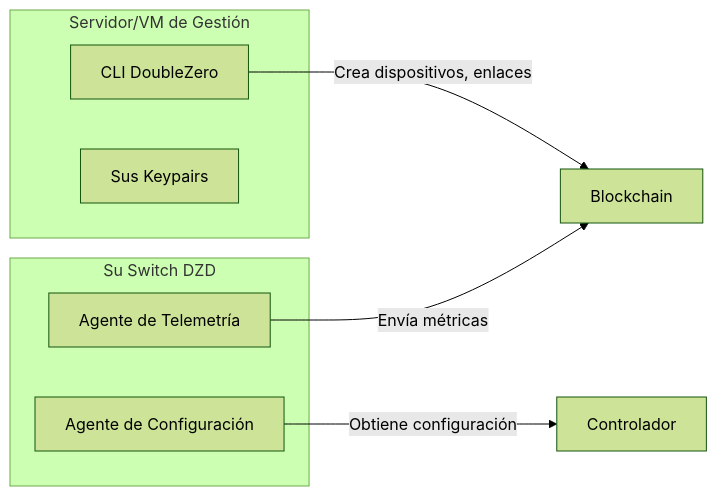
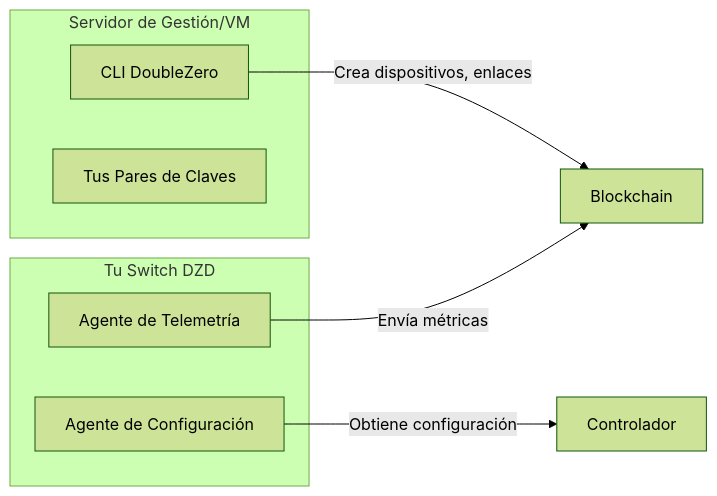
Before and after one commit to malbeclabs/docs: the third of 9 diagrams in docs/contribute-provisioning.es.md, drawn with Mermaid (forest theme). The commit also changed other lines of this file and 34 other files, not shown here.

````diff
--- a/docs/contribute-provisioning.es.md
+++ b/docs/contribute-provisioning.es.md
@@ -134,16 +175,16 @@
     ```mermaid
     flowchart LR
-        subgraph "Servidor/VM de Gestión"
+        subgraph "Servidor de Gestión/VM"
             CLI[CLI DoubleZero]
-            KEYS[Sus Keypairs]
+            KEYS[Tus Pares de Claves]
         end
 
-        subgraph "Su Switch DZD"
+        subgraph "Tu Switch DZD"
             CA[Agente de Configuración]
             TA[Agente de Telemetría]
         end
 
         CLI -->|Crea dispositivos, enlaces| BC[Blockchain]
         CA -->|Obtiene configuración| CTRL[Controlador]
         TA -->|Envía métricas| BC
     ```
````
